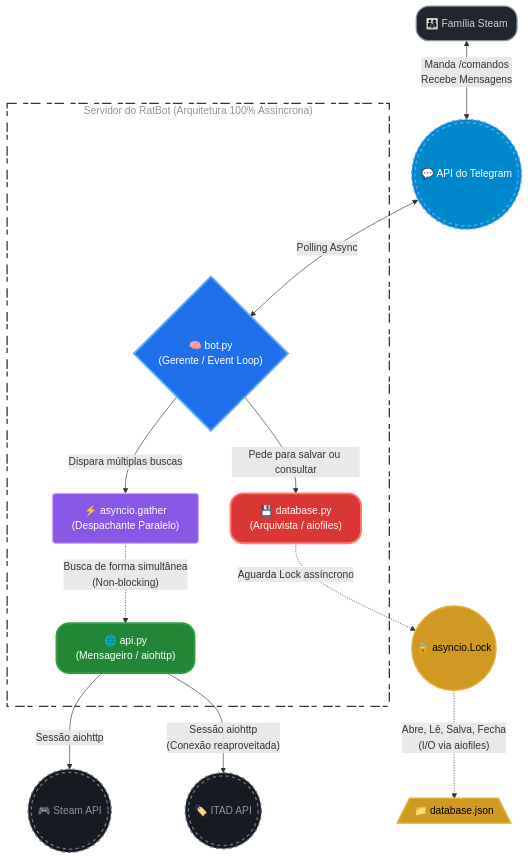
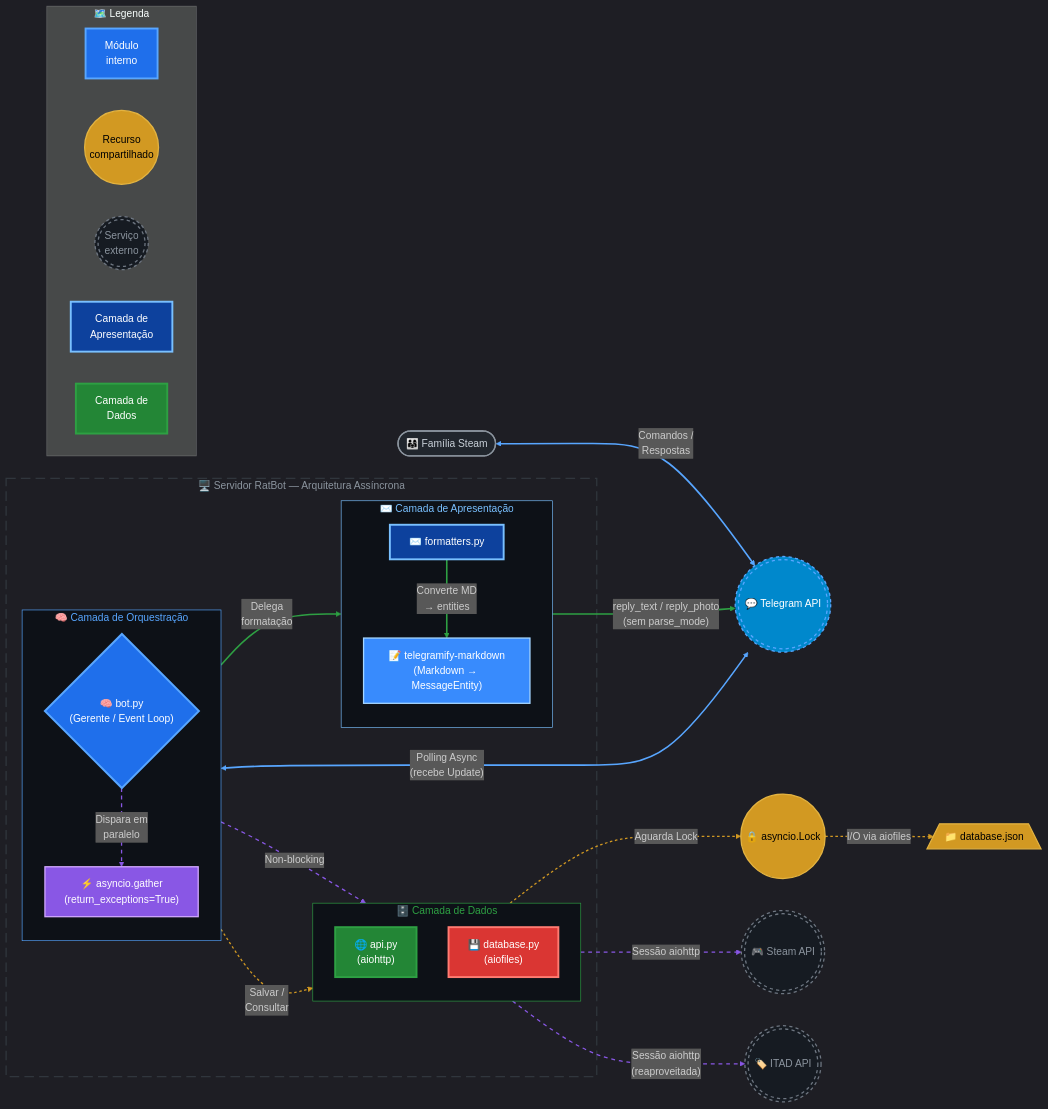
One commit to Lplucas/Maushold changed the diagram in README.md. Above: the diagram before and after it, drawn with Mermaid. The commit also changed 1 other file, not shown here.

Commit message:
:memo:docs(readme): atualização de arquitetura para refletir a versão v0.7.2

````diff
--- a/README.md
+++ b/README.md
@@ -38,55 +38,98 @@
 ```mermaid
-graph TD
-    %% Estilos Globais (Otimizados com a Paleta Nativa do GitHub Dark Mode)
-    classDef user fill:#21262d,stroke:#8b949e,stroke-width:2px,color:#c9d1d9,rx:20,ry:20
-    classDef bot fill:#1f6feb,stroke:#58a6ff,stroke-width:3px,color:#ffffff,rx:20,ry:20
-    classDef api fill:#238636,stroke:#2ea043,stroke-width:3px,color:#ffffff,rx:20,ry:20
-    classDef db fill:#da3633,stroke:#ff7b72,stroke-width:3px,color:#ffffff,rx:20,ry:20
-    classDef external fill:#161b22,stroke:#6e7681,stroke-width:2px,color:#8b949e,stroke-dasharray: 5 5,rx:10,ry:10
-    classDef telegrm fill:#0088cc,stroke:#58a6ff,stroke-width:2px,color:#ffffff,stroke-dasharray: 5 5,rx:10,ry:10
-    classDef file fill:#d29922,stroke:#e3b341,stroke-width:2px,color:#000000
-    classDef async fill:#8957e5,stroke:#d2a8ff,stroke-width:2px,color:#ffffff,rx:5,ry:5
-    classDef spacer fill:none,stroke:none,color:transparent
+%%{init:{'theme':'dark', 'flowchart':{'curve':'basis'}}}%%
+flowchart LR
 
-    %% Atores e Sistemas
-    User(👨‍👩‍👧 Família Steam):::user
-    Telegram(((💬 API do Telegram))):::telegrm
+%% ═══════════════════════════════════════════════════════
+%% PALETA DE ESTILOS
+%% Mesma semântica do original — cada classe = categoria
+%% ═══════════════════════════════════════════════════════
 
-    %% Nódulos do Nosso App
-    subgraph APP["Servidor do RatBot (Arquitetura 100% Assíncrona)"]
-        Space[ ]:::spacer
-        Manager{"🧠 bot.py<br>(Gerente / Event Loop)"}:::bot
-        Messenger["🌐 api.py<br>(Mensageiro / aiohttp)"]:::api
-        Archivist["💾 database.py<br>(Arquivista / aiofiles)"]:::db
-        Paralelismo["⚡ asyncio.gather<br>(Despachante Paralelo)"]:::async
-        Space ~~~ Manager
+classDef user fill:#21262d, stroke:#8b949e, stroke-width:2px, color:#c9d1d9
+classDef bot fill:#1f6feb, stroke:#58a6ff, stroke-width:3px, color:#ffffff
+classDef formatter fill:#0d419d, stroke:#79c0ff, stroke-width:3px, color:#ffffff
+classDef lib fill:#388bfd, stroke:#a5d6ff, stroke-width:2px, color:#ffffff
+classDef api fill:#238636, stroke:#2ea043, stroke-width:3px, color:#ffffff
+classDef db fill:#da3633, stroke:#ff7b72, stroke-width:3px, color:#ffffff
+classDef external fill:#161b22, stroke:#6e7681, stroke-width:2px, color:#8b949e, stroke-dasharray:5 5
+classDef telegrm fill:#0088cc, stroke:#58a6ff, stroke-width:2px, color:#ffffff, stroke-dasharray:5 5
+classDef file fill:#d29922, stroke:#e3b341, stroke-width:2px, color:#000000
+classDef async fill:#8957e5, stroke:#d2a8ff, stroke-width:2px, color:#ffffff
+classDef layer fill:#161b22, stroke:#30363d, stroke-width:1px, color:#8b949e
+
+%% ─── Atores externos (coluna da esquerda) ──────────────
+User(["👨‍👩‍👧 Família Steam"]):::user
+Telegram((("💬 Telegram API"))):::telegrm
+
+%% ─── Núcleo da aplicação ────────────────────────────────
+subgraph APP["🖥️  Servidor RatBot — Arquitetura Assíncrona"]
+    subgraph APRESENTACAO["✉️  Camada de Apresentação"]
+        direction TB
+        Formatter["✉️ formatters.py"]:::formatter
+        Telegramify["📝 telegramify-markdown<br/>(Markdown → MessageEntity)"]:::lib
+    end
+    subgraph ORQUESTRACAO["🧠  Camada de Orquestração"]
+        direction TB
+        Manager{"🧠 bot.py<br/>(Gerente / Event Loop)"}:::bot
+        Paralelismo["⚡ asyncio.gather<br/>(return_exceptions=True)"]:::async
+    end
+    subgraph DADOS["🗄️  Camada de Dados"]
+        direction TB
+        Messenger["🌐 api.py<br/>(aiohttp)"]:::api
+        Archivist["💾 database.py<br/>(aiofiles)"]:::db
+    end
+end
+
+%% ─── Recursos e APIs (coluna da direita) ────────────────
+Lock(("🔒 asyncio.Lock")):::file
+Arquivo[/"📁 database.json"\]:::file
+Steam((("🎮 Steam API"))):::external
+ITAD((("🏷️ ITAD API"))):::external
+
+%% ─── FLUXO DE ENTRADA ───────────────────────────────────
+User  <-->|"Comandos /<br/>Respostas"| Telegram
+Telegram  <-->|"Polling Async<br/>(recebe Update)"| Manager
+
+%% ─── FLUXO DE SAÍDA ─────────────────────────────────────
+Manager  -->|"Delega<br/>formatação"| Formatter
+Formatter  -->|"Converte MD<br/>→ entities"| Telegramify
+Formatter  -->|"reply_text / reply_photo<br/>(sem parse_mode)"| Telegram
+
+%% ─── BUSCA DE DADOS (paralela) ──────────────────────────
+Manager  -->|"Dispara em<br/>paralelo"| Paralelismo
+Paralelismo  -.->|"Non-blocking"| Messenger
+Messenger  -->|"Sessão aiohttp"| Steam
+Messenger  -->|"Sessão aiohttp<br/>(reaproveitada)"| ITAD
+
+%% ─── PERSISTÊNCIA ────────────────────────────────────────
+Manager  -->|"Salvar /<br/>Consultar"| Archivist
+Archivist  -.->|"Aguarda Lock"| Lock
+Lock  -.->|"I/O via aiofiles"| Arquivo
+
+%% ─── ESTILOS DE CAMADAS E CONTAINER ─────────────────────
+style APP fill:transparent, stroke:#30363d, stroke-width:2px, stroke-dasharray:15 8, color:#8b949e
+style APRESENTACAO fill:#0d1117, stroke:#79c0ff, stroke-width:1px, color:#79c0ff
+style ORQUESTRACAO fill:#0d1117, stroke:#58a6ff, stroke-width:1px, color:#58a6ff
+style DADOS fill:#0d1117, stroke:#2ea043, stroke-width:1px, color:#2ea043
+
+%% ─── LEGENDA ─────────────────────────────────────────────
+    subgraph LEGENDA["🗺️  Legenda"]
+        direction LR
+        LA["Módulo<br/>interno"]:::bot
+        LB(("Recurso<br/>compartilhado")):::file
+        LC((("Serviço<br/>externo"))):::external
+        LD["Camada de<br/>Apresentação"]:::formatter
+        LE["Camada de<br/>Dados"]:::api
     end
 
-    %% Recursos Locais
-    Lock((🔒 asyncio.Lock)):::file
-    Arquivo[/"📁 database.json"\]:::file
+%% ─── CORES POR FLUXO ─────────────────────────────────────
+%% Índices na ordem de declaração das arestas acima:
+%% 0-1   → Entrada (User↔Telegram↔Manager)    → azul
+%% 2-4   → Saída (Manager→Formatter→Telegram)  → verde
+%% 5-8   → Dados (gather→api→Steam/ITAD)       → roxo
+%% 9-11  → Persistência (→Archivist→Lock→json) → laranja
 
-    %% Recursos Externos
-    Steam(((🎮 Steam API))):::external
-    ITAD(((🏷️ ITAD API))):::external
-
-    %% Conexões do Usuário
-    User <-->|"Manda /comandos<br>Recebe Mensagens"| Telegram
-    Telegram <-->|Polling Async| Manager
-
-    %% Conexões Internas do App
-    Manager -->|Dispara múltiplas buscas| Paralelismo
-    Paralelismo -.->|"Busca de forma simultânea<br>(Non-blocking)"| Messenger
-    Manager -->|Pede para salvar ou consultar| Archivist
-
-    %% Conexões do Mensageiro (API)
-    Messenger -->|Sessão aiohttp| Steam
-    Messenger -->|"Sessão aiohttp<br>(Conexão reaproveitada)"| ITAD
-
-    %% Conexões do Arquivista (DB)
-    Archivist -.->|Aguarda Lock assíncrono| Lock
-    Lock -.->|"Abre, Lê, Salva, Fecha<br>(I/O via aiofiles)"| Arquivo
-
-    %% Estilo do Servidor (Fundo transparente, borda padrão GitHub de demarcação)
-    style APP fill:transparent,stroke:#30363d,stroke-width:2px,stroke-dasharray: 15 10 8 4,color:#8b949e
+linkStyle 0,1 stroke:#58a6ff,stroke-width:2.5px
+linkStyle 2,3,4 stroke:#2ea043,stroke-width:2.5px
+linkStyle 5,6,7,8 stroke:#8957e5,stroke-width:2px,stroke-dasharray:6
+linkStyle 9,10,11 stroke:#d29922,stroke-width:2px,stroke-dasharray:4
 ```
````
